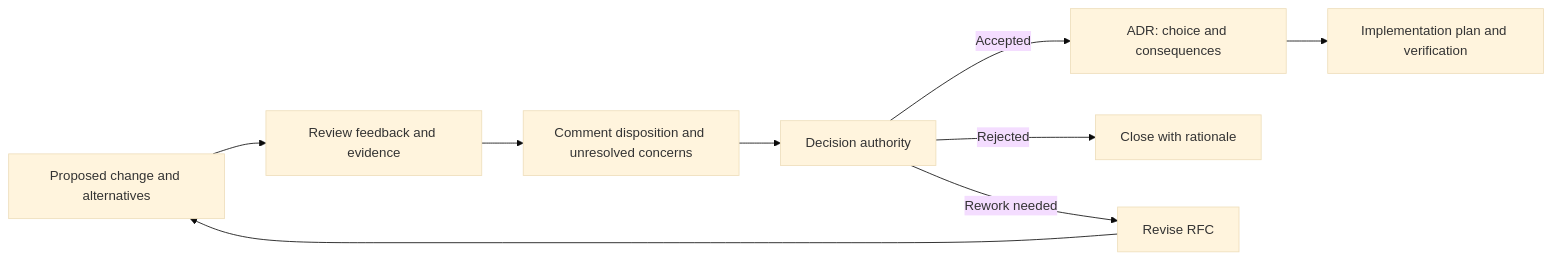
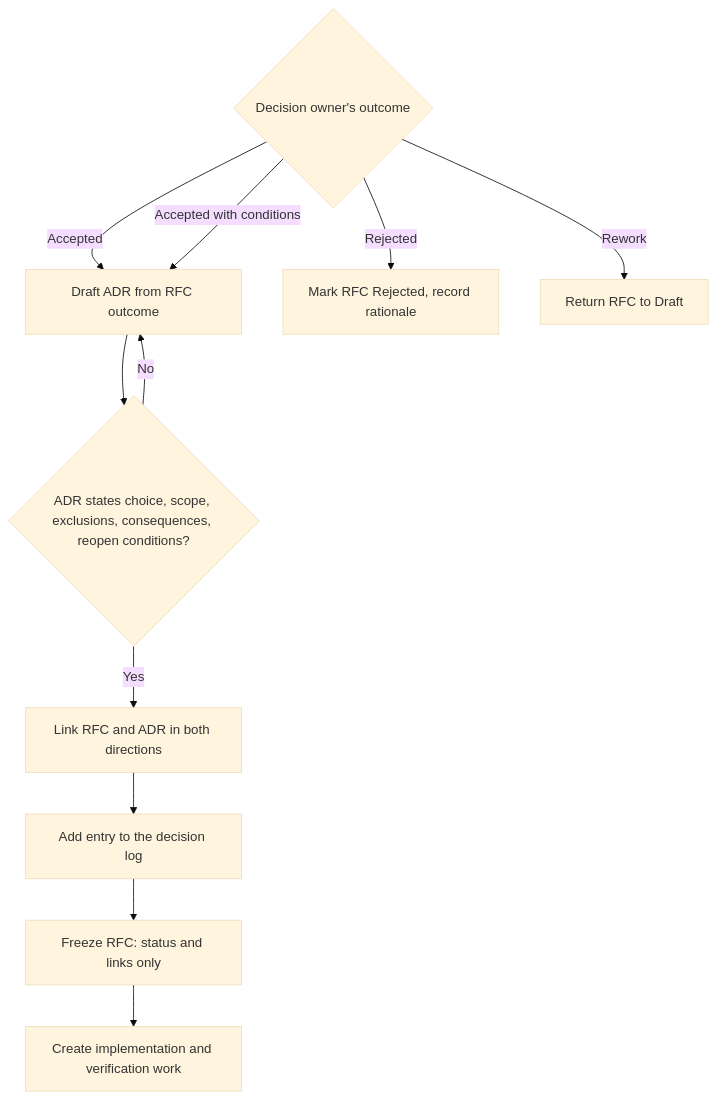
The fifth of 10 diagrams in 21_Architecture_Documentation/CH04_RFC_Request_for_Comments.md (joydasss/Architect), drawn with Mermaid (base theme) before and after one commit. The commit also changed other lines of this file and 22 other files, not shown here.

Commit message:
Architecture changes

````diff
--- a/21_Architecture_Documentation/CH04_RFC_Request_for_Comments.md
+++ b/21_Architecture_Documentation/CH04_RFC_Request_for_Comments.md
@@ -48,11 +429,13 @@
 ```mermaid
-flowchart LR
-    RFC[Proposed change and alternatives] --> Comments[Review feedback and evidence]
-    Comments --> Disposition[Comment disposition and unresolved concerns]
-    Disposition --> Authority[Decision authority]
-    Authority -->|Accepted| ADR[ADR: choice and consequences]
-    Authority -->|Rejected| Closed[Close with rationale]
-    Authority -->|Rework needed| Revised[Revise RFC]
-    Revised --> RFC
-    ADR --> Work[Implementation plan and verification]
+flowchart TD
+    Outcome{"Decision owner's outcome"} -->|Accepted| Draft["Draft ADR from RFC outcome"]
+    Outcome -->|Accepted with conditions| Draft
+    Outcome -->|Rejected| Closed["Mark RFC Rejected, record rationale"]
+    Outcome -->|Rework| Revise["Return RFC to Draft"]
+    Draft --> Check{"ADR states choice, scope, exclusions, consequences, reopen conditions?"}
+    Check -->|No| Draft
+    Check -->|Yes| Link["Link RFC and ADR in both directions"]
+    Link --> Index["Add entry to the decision log"]
+    Index --> Freeze["Freeze RFC: status and links only"]
+    Freeze --> Work["Create implementation and verification work"]
 ```
````
